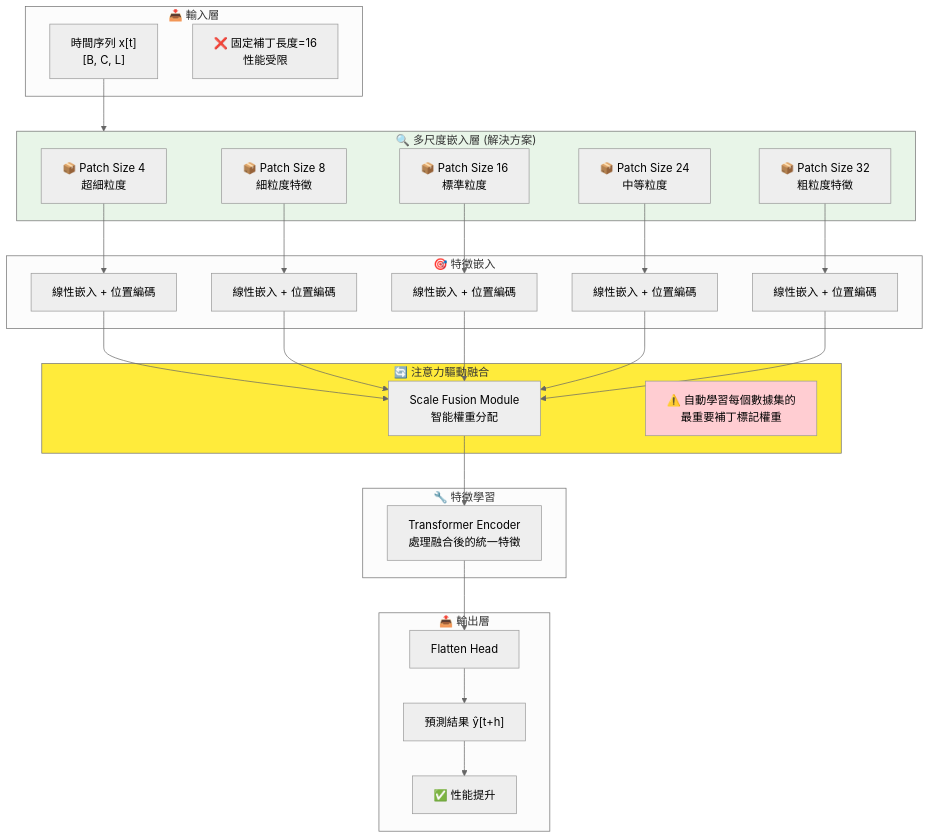
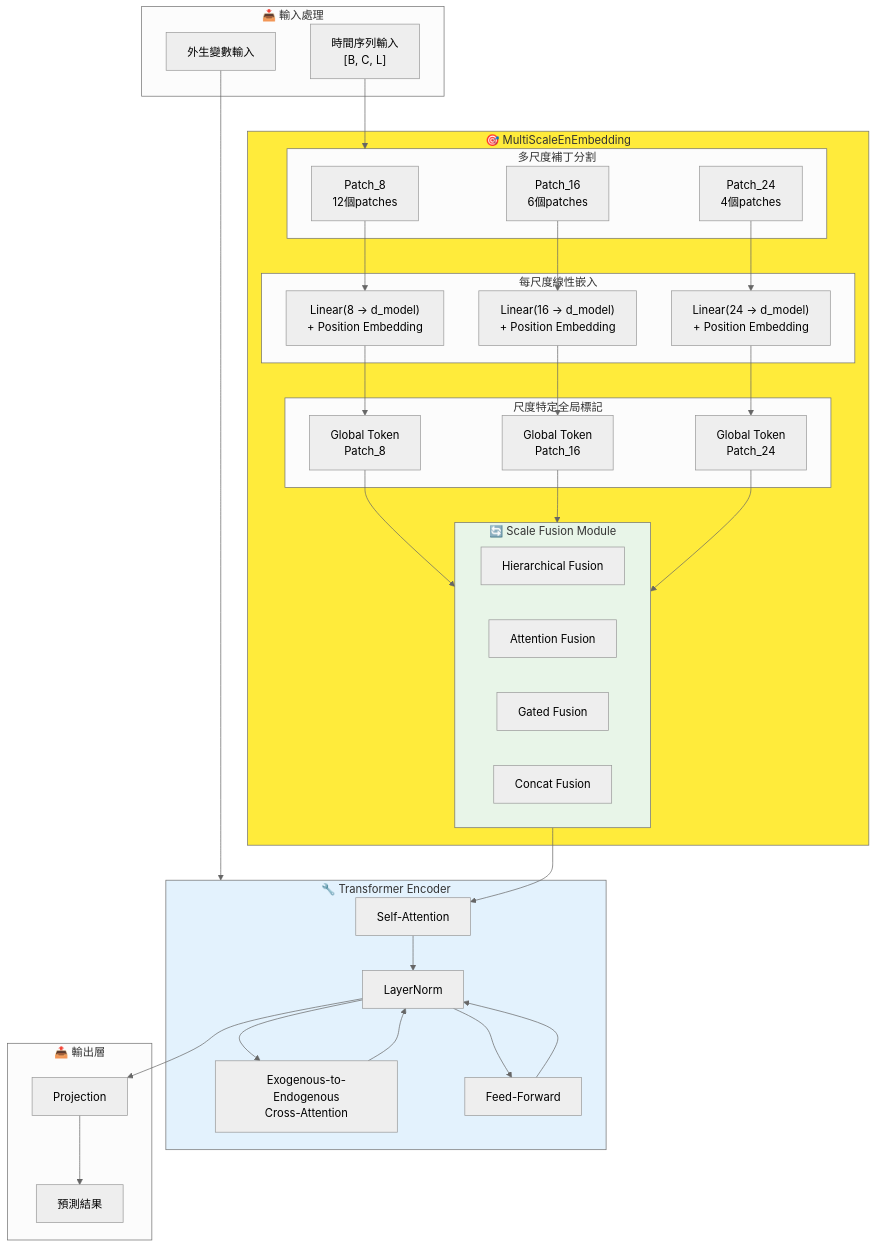
One commit to VM230705/DL_Final_Project changed the diagram in README.md. Above: the diagram before and after it, drawn with Mermaid (neutral theme). The commit also changed other lines of this file, not shown here.

````diff
--- a/README.md
+++ b/README.md
@@ -82,59 +43,70 @@
 ```mermaid
 flowchart TD
-    subgraph Input["📥 輸入層"]
-        TS["時間序列 x[t]<br/>[B, C, L]"]
-        Problem["❌ 固定補丁長度=16<br/>性能受限"]
+    subgraph Input["📥 輸入處理"]
+        TS["時間序列輸入<br/>[B, C, L]"]
+        EXO["外生變數輸入"]
     end
     
-    subgraph MSE["🔍 多尺度嵌入層 (解決方案)"]
-        P4["📦 Patch Size 4<br/>超細粒度"]
-        P8["📦 Patch Size 8<br/>細粒度特徵"]
-        P16["📦 Patch Size 16<br/>標準粒度"]
-        P24["📦 Patch Size 24<br/>中等粒度"]
-        P32["📦 Patch Size 32<br/>粗粒度特徵"]
+    subgraph MSE["🎯 MultiScaleEnEmbedding"]
+        subgraph Patching["多尺度補丁分割"]
+            P8["Patch_8<br/>12個patches"]
+            P16["Patch_16<br/>6個patches"] 
+            P24["Patch_24<br/>4個patches"]
+        end
+        
+        subgraph Embedding["每尺度線性嵌入"]
+            E8["Linear(8 → d_model)<br/>+ Position Embedding"]
+            E16["Linear(16 → d_model)<br/>+ Position Embedding"]
+            E24["Linear(24 → d_model)<br/>+ Position Embedding"]
+        end
+        
+        subgraph Tokens["尺度特定全局標記"]
+            G8["Global Token<br/>Patch_8"]
+            G16["Global Token<br/>Patch_16"]
+            G24["Global Token<br/>Patch_24"]
+        end
+        
+        subgraph Fusion["🔄 Scale Fusion Module"]
+            HIER["Hierarchical Fusion"]
+            ATT["Attention Fusion"]
+            GATE["Gated Fusion"]
+            CONCAT["Concat Fusion"]
+        end
     end
     
-    subgraph Embed["🎯 特徵嵌入"]
-        E4["線性嵌入 + 位置編碼"]
-        E8["線性嵌入 + 位置編碼"]
-        E16["線性嵌入 + 位置編碼"]
-        E24["線性嵌入 + 位置編碼"]
-        E32["線性嵌入 + 位置編碼"]
-    end
-    
-    subgraph Fusion["🔄 注意力驅動融合"]
-        SF["Scale Fusion Module<br/>智能權重分配"]
-        note1["⚠️ 自動學習每個數據集的<br/>最重要補丁標記權重"]
-    end
-    
-    subgraph Encoder["🔧 特徵學習"]
-        TE["Transformer Encoder<br/>處理融合後的統一特徵"]
+    subgraph Encoder["🔧 Transformer Encoder"]
+        SELF["Self-Attention"]
+        CROSS["Exogenous-to-Endogenous<br/>Cross-Attention"]
+        FFN["Feed-Forward"]
+        NORM["LayerNorm"]
     end
     
     subgraph Output["📤 輸出層"]
-        FH["Flatten Head"]
-        Pred["預測結果 ŷ[t+h]"]
-        Better["✅ 性能提升"]
+        PROJ["Projection"]
+        PRED["預測結果"]
     end
     
-    TS --> MSE
-    P4 --> E4
-    P8 --> E8
-    P16 --> E16
-    P24 --> E24
-    P32 --> E32
+    TS --> Patching
+    EXO --> Encoder
     
-    E4 --> SF
-    E8 --> SF
-    E16 --> SF
-    E24 --> SF
-    E32 --> SF
+    P8 --> E8 --> G8
+    P16 --> E16 --> G16  
+    P24 --> E24 --> G24
     
-    SF --> TE
-    TE --> FH
-    FH --> Pred --> Better
+    G8 --> Fusion
+    G16 --> Fusion
+    G24 --> Fusion
     
-    style MSE fill:#e8f5e8
-    style Fusion fill:#ffeb3b
-    style note1 fill:#ffcdd2
+    Fusion --> SELF
+    SELF --> NORM
+    NORM --> CROSS
+    CROSS --> NORM
+    NORM --> FFN
+    FFN --> NORM
+    NORM --> PROJ
+    PROJ --> PRED
+    
+    style MSE fill:#ffeb3b
+    style Fusion fill:#e8f5e8
+    style Encoder fill:#e3f2fd
 ```
````
